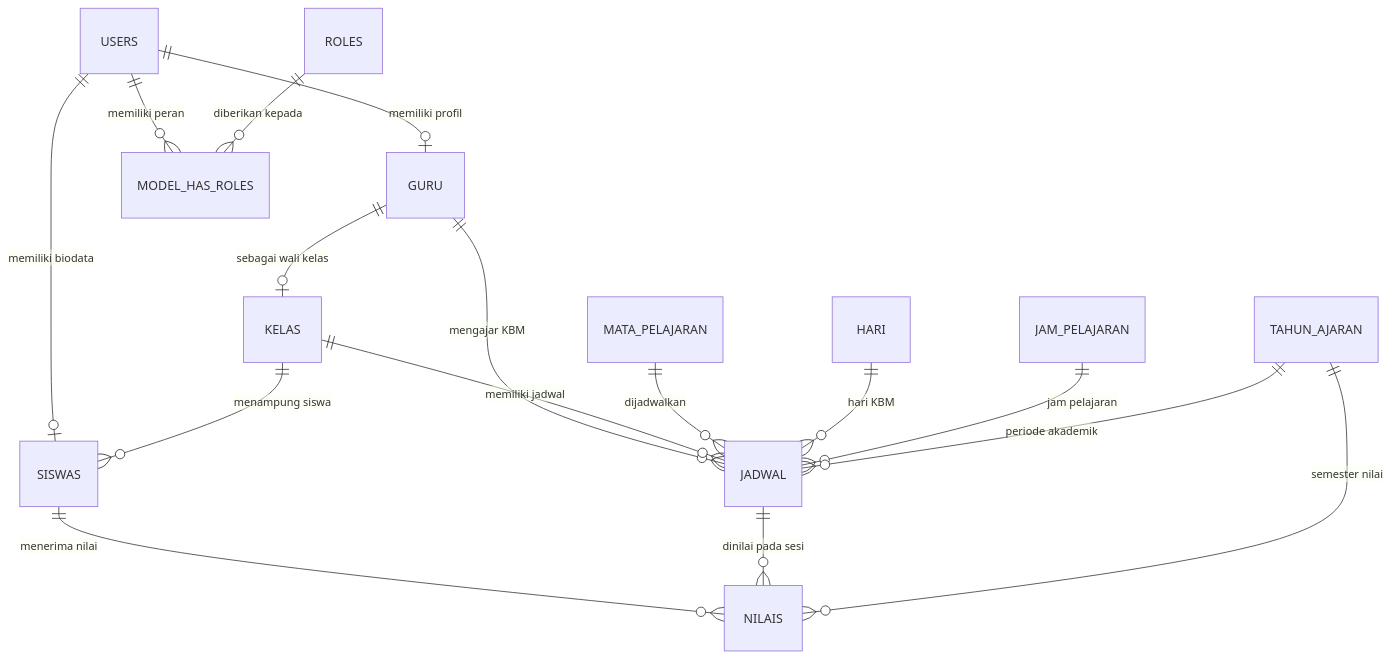
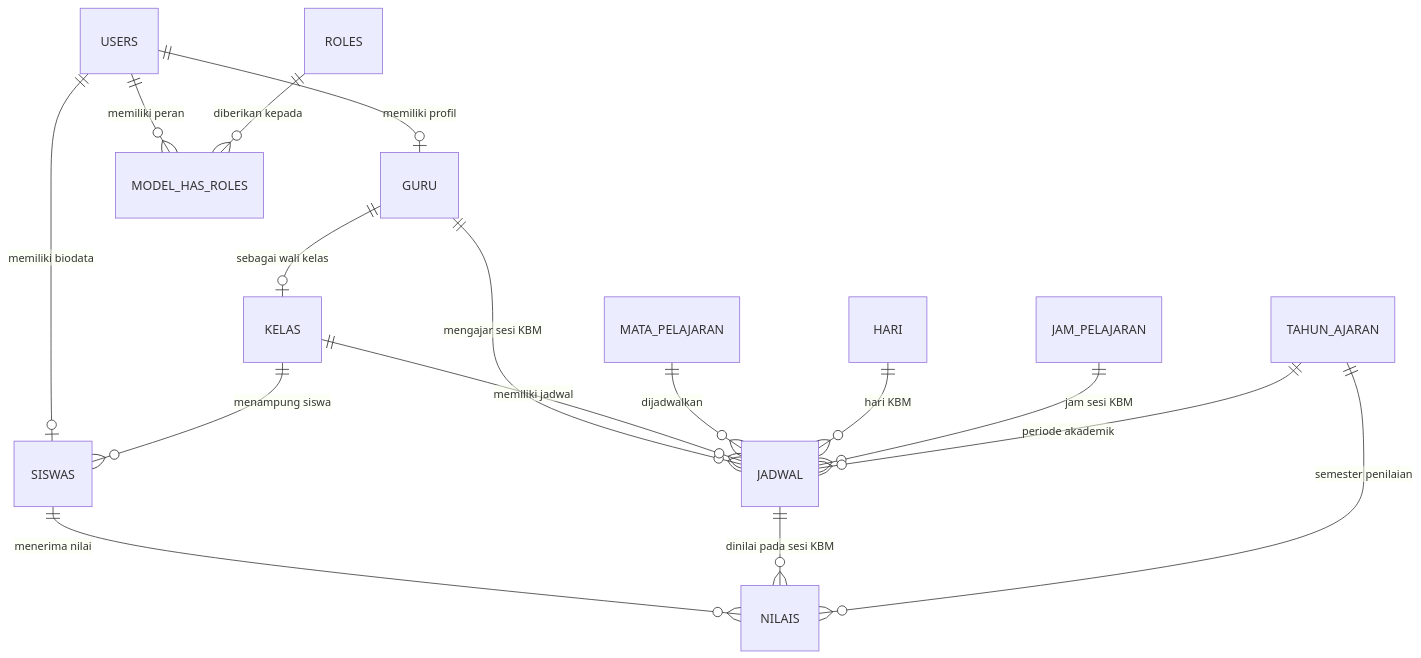
The second of 2 diagrams in LAPORAN_UTS.md (auliasalsabila169-tech/SIAKAD-SMPN-1-TRIMURJO), drawn with Mermaid before and after one commit. The commit also changed other lines of this file and 4 other files, not shown here.

````diff
--- a/LAPORAN_UTS.md
+++ b/LAPORAN_UTS.md
@@ -75,22 +137,22 @@
 ```mermaid
 erDiagram
     USERS ||--o| GURU : "memiliki profil"
     USERS ||--o| SISWAS : "memiliki biodata"
     USERS ||--o{ MODEL_HAS_ROLES : "memiliki peran"
     ROLES ||--o{ MODEL_HAS_ROLES : "diberikan kepada"
     
     GURU ||--o| KELAS : "sebagai wali kelas"
-    GURU ||--o{ JADWAL : "mengajar KBM"
+    GURU ||--o{ JADWAL : "mengajar sesi KBM"
     
     KELAS ||--o{ SISWAS : "menampung siswa"
     KELAS ||--o{ JADWAL : "memiliki jadwal"
     
     MATA_PELAJARAN ||--o{ JADWAL : "dijadwalkan"
     HARI ||--o{ JADWAL : "hari KBM"
-    JAM_PELAJARAN ||--o{ JADWAL : "jam pelajaran"
+    JAM_PELAJARAN ||--o{ JADWAL : "jam sesi KBM"
     TAHUN_AJARAN ||--o{ JADWAL : "periode akademik"
     
     SISWAS ||--o{ NILAIS : "menerima nilai"
-    JADWAL ||--o{ NILAIS : "dinilai pada sesi"
-    TAHUN_AJARAN ||--o{ NILAIS : "semester nilai"
+    JADWAL ||--o{ NILAIS : "dinilai pada sesi KBM"
+    TAHUN_AJARAN ||--o{ NILAIS : "semester penilaian"
 ```
````
